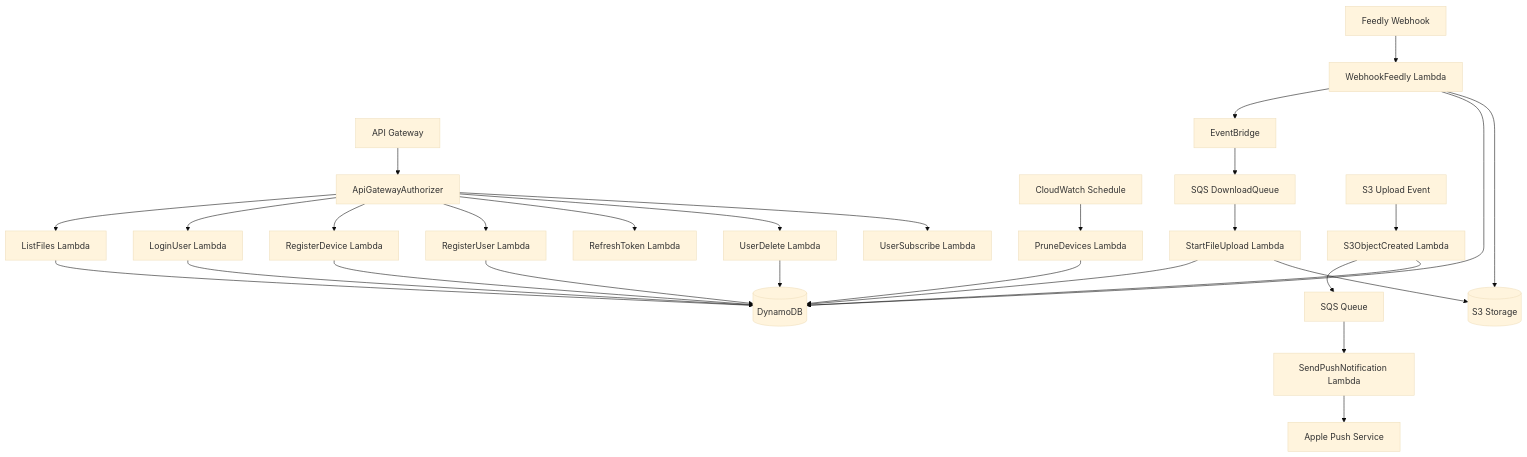
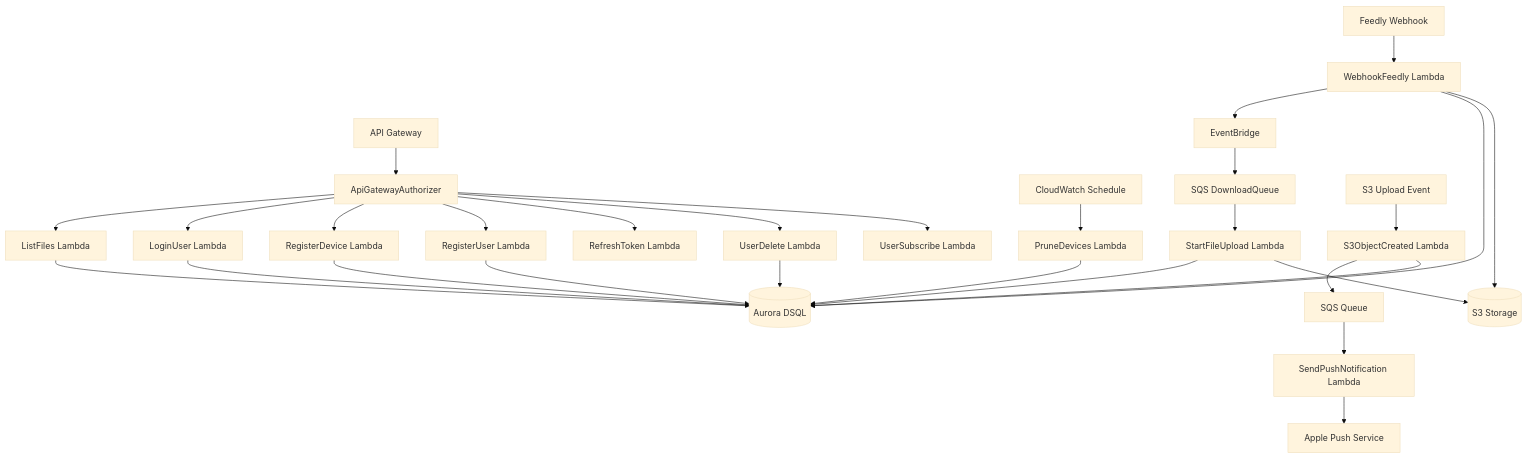
One commit to j0nathan-ll0yd/aws-cloudformation-media-downloader changed the first of 2 diagrams in AGENTS.md. Above: the diagram before and after it, drawn with Mermaid (base theme). The commit also changed other lines of this file and 40 other files, not shown here.

````diff
--- a/AGENTS.md
+++ b/AGENTS.md
@@ -82,43 +82,43 @@
 ```mermaid
 graph TD
     %% External Triggers
     API[API Gateway] --> Authorizer[ApiGatewayAuthorizer]
     Authorizer --> ListFiles[ListFiles Lambda]
     Authorizer --> LoginUser[LoginUser Lambda]
     Authorizer --> RegisterDevice[RegisterDevice Lambda]
     Authorizer --> RegisterUser[RegisterUser Lambda]
     Authorizer --> RefreshToken[RefreshToken Lambda]
     Authorizer --> UserDelete[UserDelete Lambda]
     Authorizer --> UserSubscribe[UserSubscribe Lambda]
 
     Feedly[Feedly Webhook] --> WebhookFeedly[WebhookFeedly Lambda]
 
     %% Scheduled Tasks
     Schedule[CloudWatch Schedule] --> PruneDevices[PruneDevices Lambda]
 
     %% Event-Driven Downloads
     WebhookFeedly --> EventBridge[EventBridge]
     EventBridge --> DownloadQueue[SQS DownloadQueue]
     DownloadQueue --> StartFileUpload[StartFileUpload Lambda]
 
     %% S3 Triggers
     S3Upload[S3 Upload Event] --> S3ObjectCreated[S3ObjectCreated Lambda]
     S3ObjectCreated --> SQS[SQS Queue]
     SQS --> SendPushNotification[SendPushNotification Lambda]
 
     %% Data Stores
-    ListFiles --> DDB[(DynamoDB)]
-    LoginUser --> DDB
-    RegisterDevice --> DDB
-    RegisterUser --> DDB
-    WebhookFeedly --> DDB
-    UserDelete --> DDB
-    PruneDevices --> DDB
-    S3ObjectCreated --> DDB
-    StartFileUpload --> DDB
+    ListFiles --> DSQL[(Aurora DSQL)]
+    LoginUser --> DSQL
+    RegisterDevice --> DSQL
+    RegisterUser --> DSQL
+    WebhookFeedly --> DSQL
+    UserDelete --> DSQL
+    PruneDevices --> DSQL
+    S3ObjectCreated --> DSQL
+    StartFileUpload --> DSQL
 
     StartFileUpload --> S3Storage[(S3 Storage)]
     WebhookFeedly --> S3Storage
 
     SendPushNotification --> APNS[Apple Push Service]
 ```
````
